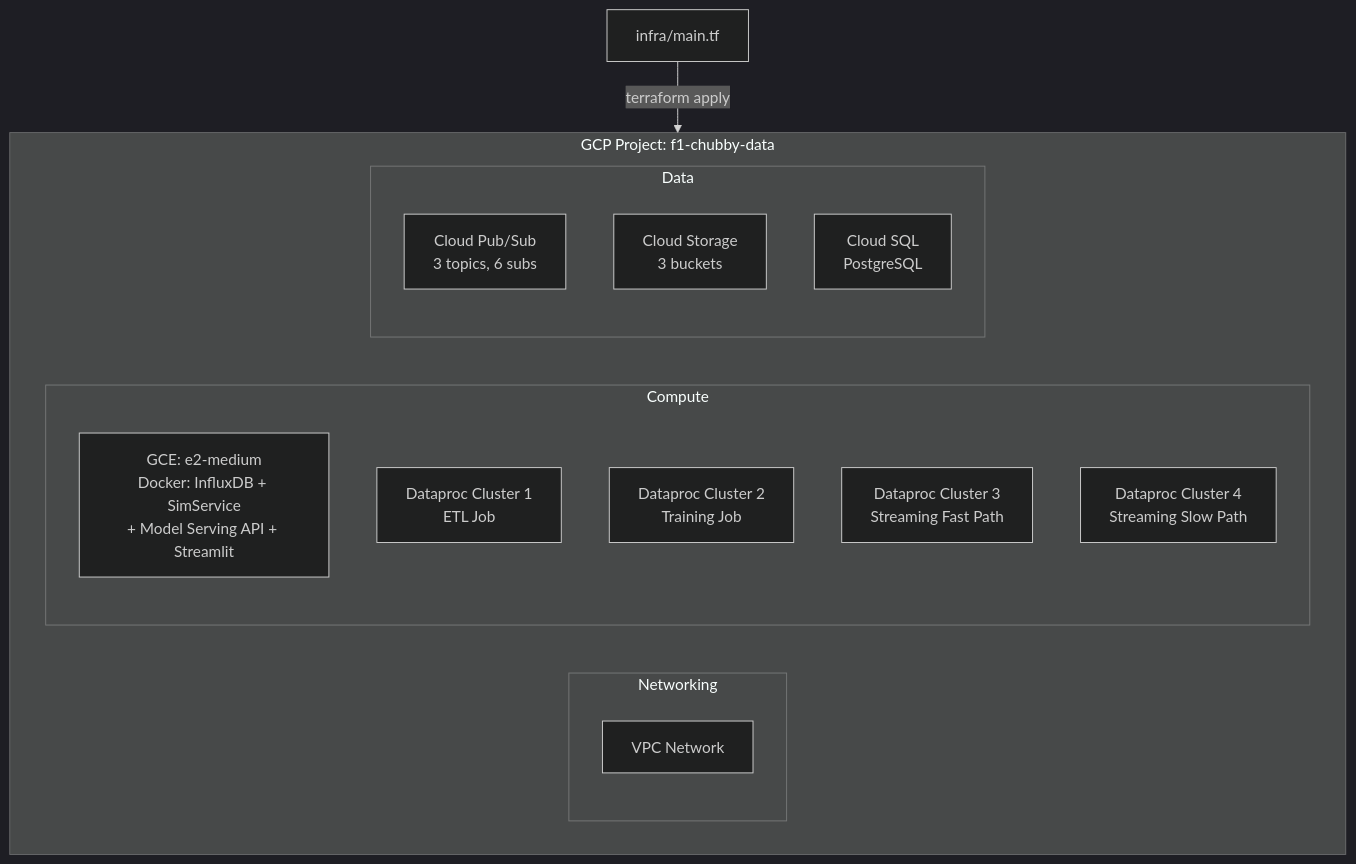
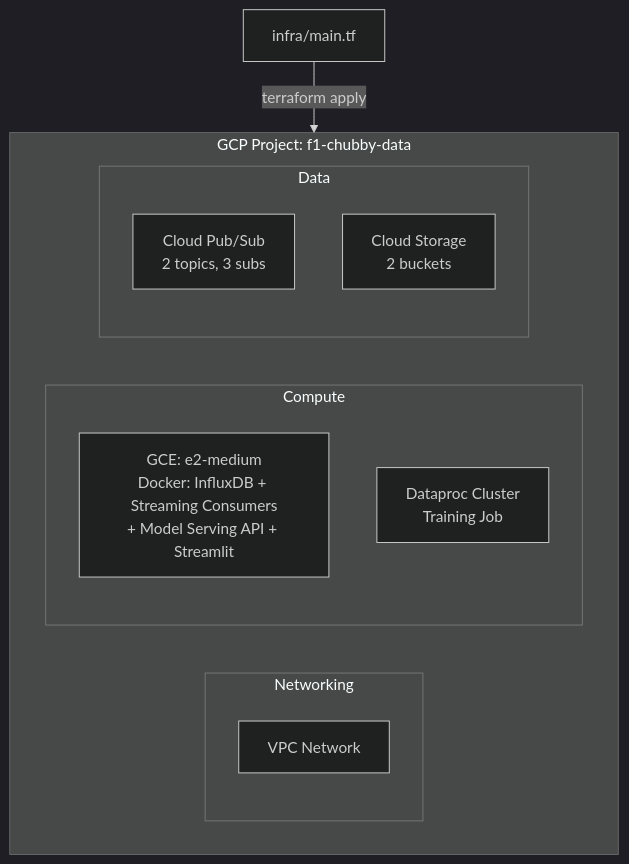
The ninth of 11 diagrams in revised_plan.md (nmk-k66-uet/F1-Chubby-Data), drawn with Mermaid (dark theme) before and after one commit. The commit also changed other lines of this file, not shown here.

````diff
--- a/revised_plan.md
+++ b/revised_plan.md
@@ -533,24 +516,20 @@
 ```mermaid
 flowchart TD
     subgraph GCP ["GCP Project: f1-chubby-data"]
         subgraph Networking
             VPC[VPC Network]
         end
 
         subgraph Compute
-            VM[GCE: e2-medium<br/>Docker: InfluxDB + SimService<br/>+ Model Serving API + Streamlit]
-            DP_ETL[Dataproc Cluster 1<br/>ETL Job]
-            DP_TRAIN[Dataproc Cluster 2<br/>Training Job]
-            DP_FAST[Dataproc Cluster 3<br/>Streaming Fast Path]
-            DP_SLOW[Dataproc Cluster 4<br/>Streaming Slow Path]
+            VM["GCE: e2-medium<br/>Docker: InfluxDB + Streaming Consumers<br/>+ Model Serving API + Streamlit"]
+            DP_TRAIN[Dataproc Cluster<br/>Training Job]
         end
 
         subgraph Data
-            PS[Cloud Pub/Sub<br/>3 topics, 6 subs]
-            GCS[Cloud Storage<br/>3 buckets]
-            CSQL[Cloud SQL<br/>PostgreSQL]
+            PS[Cloud Pub/Sub<br/>2 topics, 3 subs]
+            GCS[Cloud Storage<br/>2 buckets]
         end
     end
 
     TF[infra/main.tf] -->|terraform apply| GCP
 ```
````
